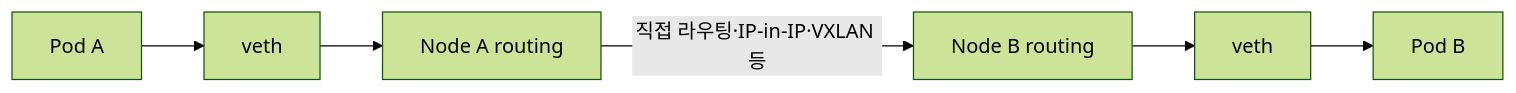
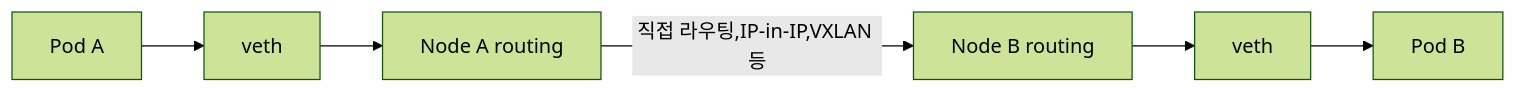
Before and after one commit to minnong511/minnong511.github.io: the sixth of 7 diagrams in _posts/CI-CD-Docker/Docker/2026-08-17-docker-09-container-networking.md, drawn with Mermaid (forest theme). The commit also changed other lines of this file and 8 other files, not shown here.

````diff
--- a/_posts/CI-CD-Docker/Docker/2026-08-17-docker-09-container-networking.md
+++ b/_posts/CI-CD-Docker/Docker/2026-08-17-docker-09-container-networking.md
@@ -186,8 +186,8 @@
 ```mermaid
 flowchart LR
     PA["Pod A"] --> VA["veth"]
     VA --> RA["Node A routing"]
-    RA -->|"직접 라우팅·IP-in-IP·VXLAN 등"| RB["Node B routing"]
+    RA -->|"직접 라우팅,IP-in-IP,VXLAN 등"| RB["Node B routing"]
     RB --> VB["veth"]
     VB --> PB["Pod B"]
 ```
````
